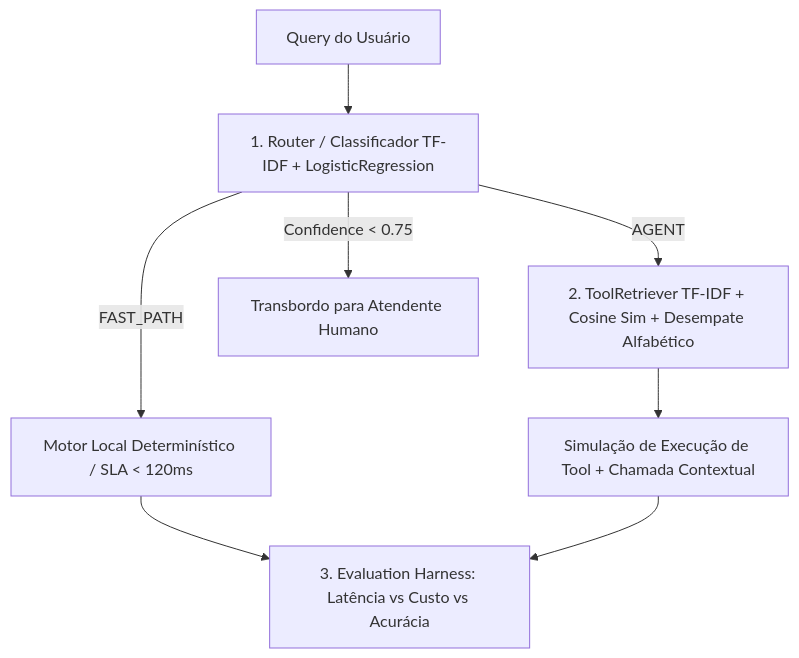
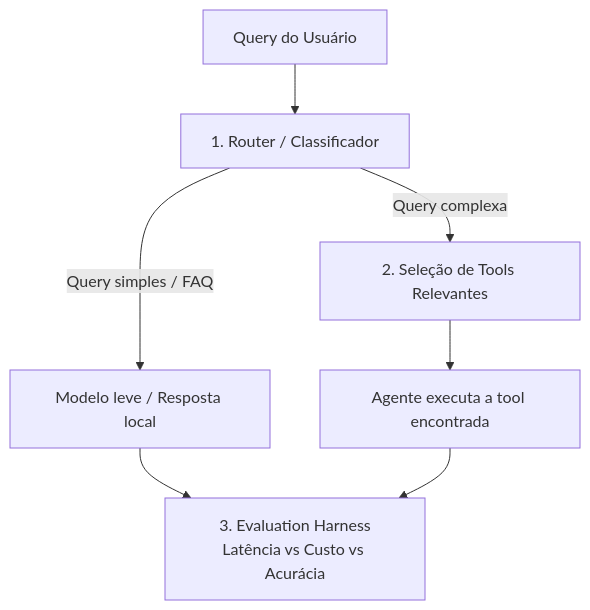
Before and after one commit to issei/case-agents: the first of 2 diagrams in README.md, drawn with Mermaid. The commit also changed other lines of this file, not shown here.

````diff
--- a/README.md
+++ b/README.md
@@ -7,10 +24,9 @@
 ```mermaid
 flowchart TD
-    A[Query do Usuário] --> B[1. Router / Classificador TF-IDF + LogisticRegression]
-    B -->|FAST_PATH| C[Motor Local Determinístico / SLA < 120ms]
-    B -->|AGENT| D[2. ToolRetriever TF-IDF + Cosine Sim + Desempate Alfabético]
-    D --> E[Simulação de Execução de Tool + Chamada Contextual]
-    B -->|Confidence < 0.75| G[Transbordo para Atendente Humano]
-    C --> F[3. Evaluation Harness: Latência vs Custo vs Acurácia]
+    A[Query do Usuário] --> B[1. Router / Classificador]
+    B -->|Query simples / FAQ| C[Modelo leve / Resposta local]
+    B -->|Query complexa| D[2. Seleção de Tools Relevantes]
+    D --> E[Agente executa a tool encontrada]
+    C --> F[3. Evaluation Harness<br/>Latência vs Custo vs Acurácia]
     E --> F
 ```
````
